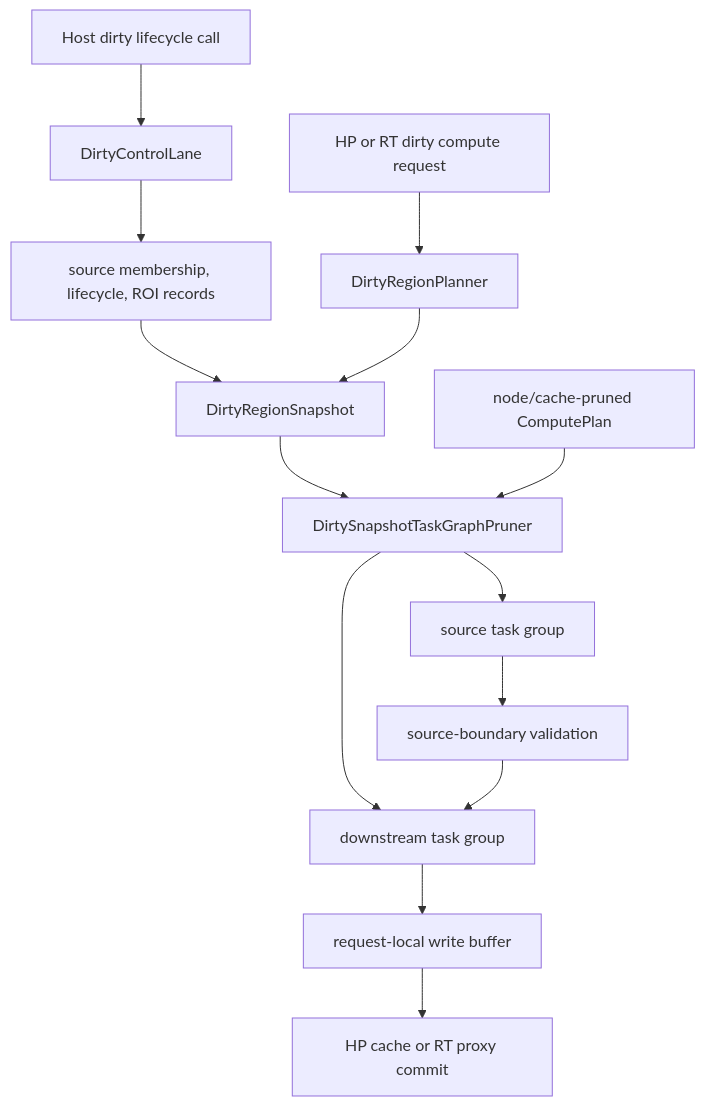
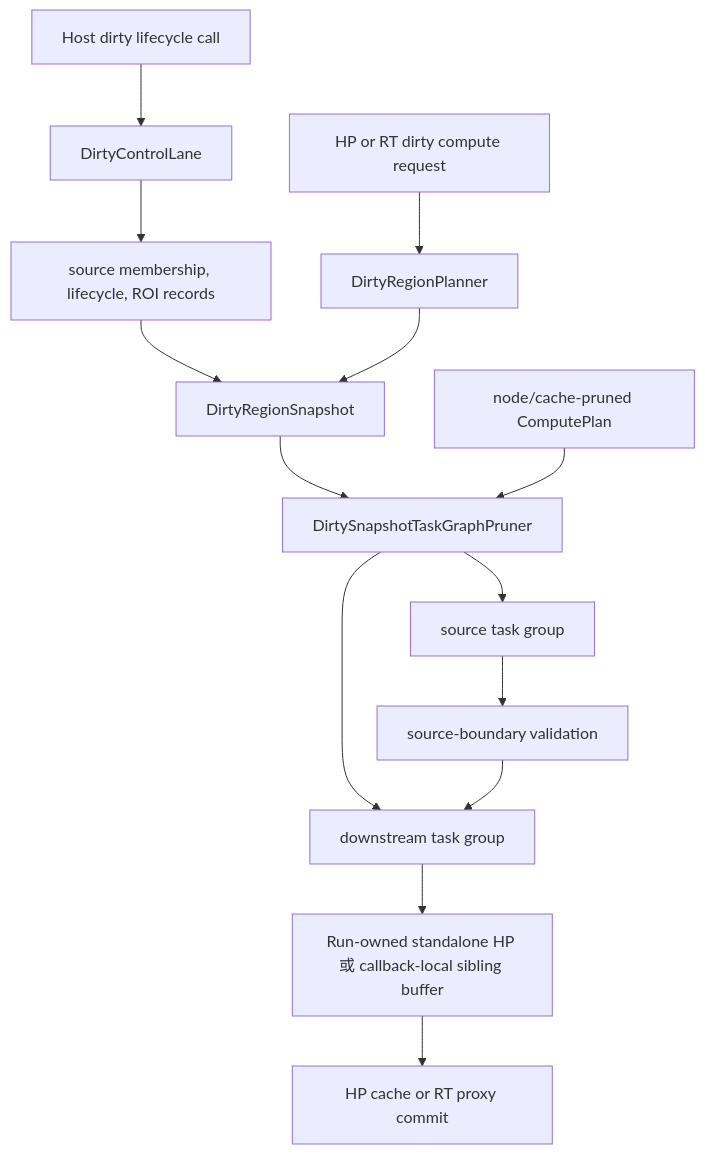
The diagram in docs/kernel-architecture/zh/Dirty-Region-Propagation.zh.md (kevin-zf1123/photospider), drawn with Mermaid before and after one commit. The commit also changed other lines of this file and 33 other files, not shown here.

````diff
--- a/docs/kernel-architecture/zh/Dirty-Region-Propagation.zh.md
+++ b/docs/kernel-architecture/zh/Dirty-Region-Propagation.zh.md
@@ -40,17 +40,17 @@
 ```mermaid
 flowchart TD
   EVENT["Host dirty lifecycle call"] --> LANE["DirtyControlLane"]
   LANE --> FACTS["source membership, lifecycle, ROI records"]
   FACTS --> SNAPSHOT["DirtyRegionSnapshot"]
 
   REQUEST["HP or RT dirty compute request"] --> PLAN["DirtyRegionPlanner"]
   PLAN --> SNAPSHOT
   SNAPSHOT --> SELECT["DirtySnapshotTaskGraphPruner"]
   STATIC["node/cache-pruned ComputePlan"] --> SELECT
   SELECT --> SOURCE["source task group"]
   SELECT --> DOWNSTREAM["downstream task group"]
   SOURCE --> VALIDATE["source-boundary validation"]
   VALIDATE --> DOWNSTREAM
-  DOWNSTREAM --> STAGE["request-local write buffer"]
+  DOWNSTREAM --> STAGE["Run-owned standalone HP 或 callback-local sibling buffer"]
   STAGE --> COMMIT["HP cache or RT proxy commit"]
 ```
````
